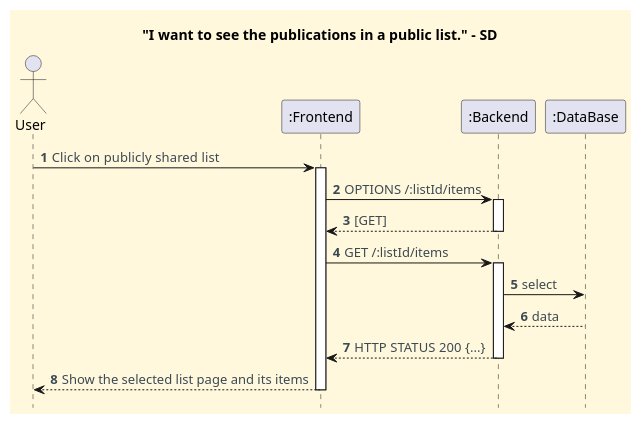
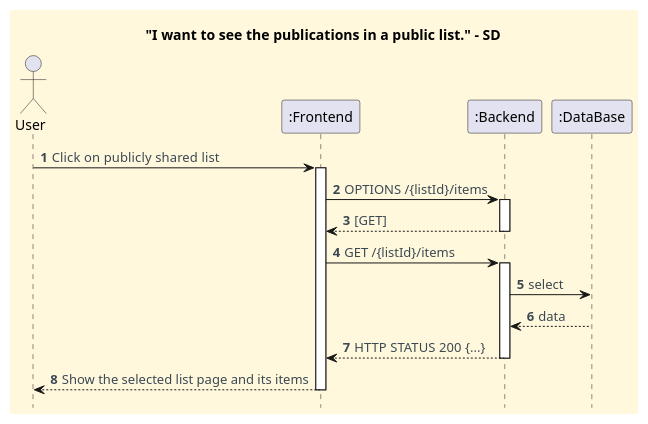
One commit to CarolinaLeite-collab/JavaMarketplacePlatform changed the diagram in docs/client-server-diagrams/consult-the-items-in-a-public-list/Process_View_SD.puml. Above: the diagram before and after it, drawn with PlantUML. The commit also changed 8 other files, not shown here.

```diff
--- a/docs/client-server-diagrams/consult-the-items-in-a-public-list/Process_View_SD.puml
+++ b/docs/client-server-diagrams/consult-the-items-in-a-public-list/Process_View_SD.puml
@@ -1,45 +1,45 @@
 @startuml
 
 '==== basic style ====
 hide stereotype
 skinparam monochrome false
 skinparam shadowing false
 skinparam defaultFontName Futura
 skinparam objectFontSize 20
 skinparam backgroundColor CornSilk
 skinparam objectBackgroundColor WhiteSmoke
 skinparam noteBackgroundColor #FFFFE0
 skinparam ArrowFontColor #3B4953
 skinparam ActivationBackgroundColor black
 hidefootbox
 
 autonumber
 
 title "I want to see the publications in a public list." - SD
 
 ' --- Actor and participants ---
 
 actor User
 participant ":Frontend" as Front
 participant ":Backend" as Back
 participant ":DataBase" as DB
 
 ' --- Interactions ---
 
 User -> Front : Click on  publicly shared list
 activate Front
-Front -> Back : OPTIONS /:listId/items
+Front -> Back : OPTIONS /{listId}/items
 activate Back
 Back --> Front : [GET]
 deactivate Back
 
-Front -> Back : GET /:listId/items
+Front -> Back : GET /{listId}/items
 activate Back
 Back -> DB : select
 DB --> Back : data
 Back --> Front : HTTP STATUS 200 {...}
 deactivate Back
 Front --> User : Show the selected list page and its items
 deactivate Front
 
 @enduml
```
